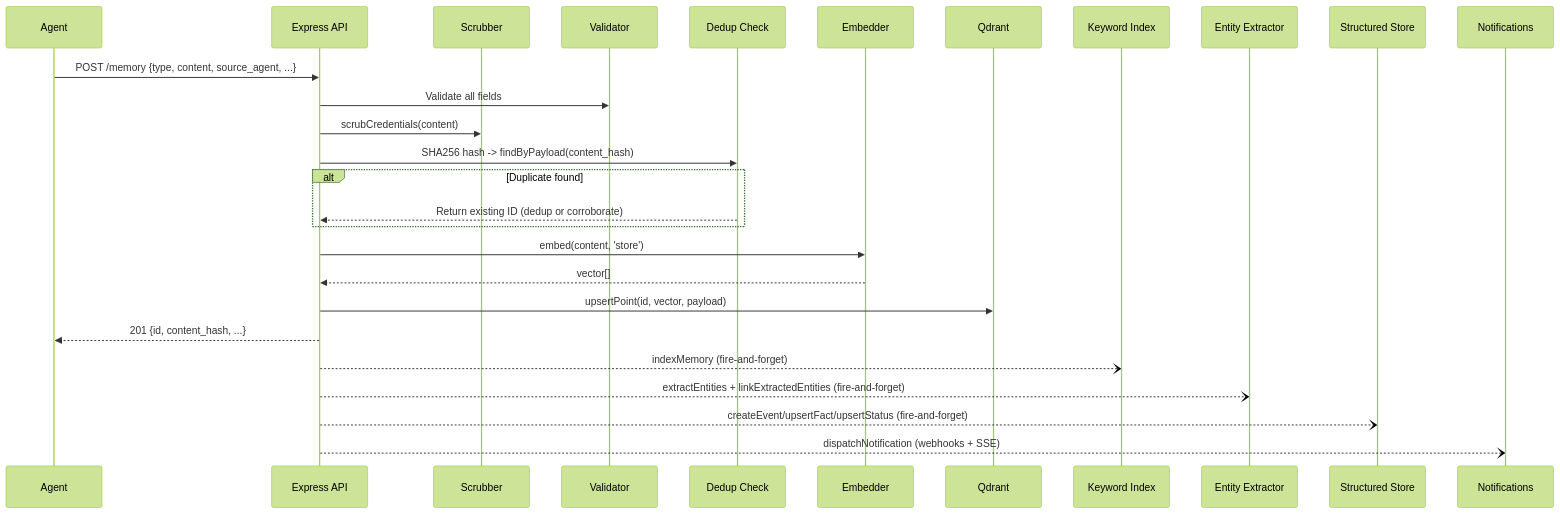
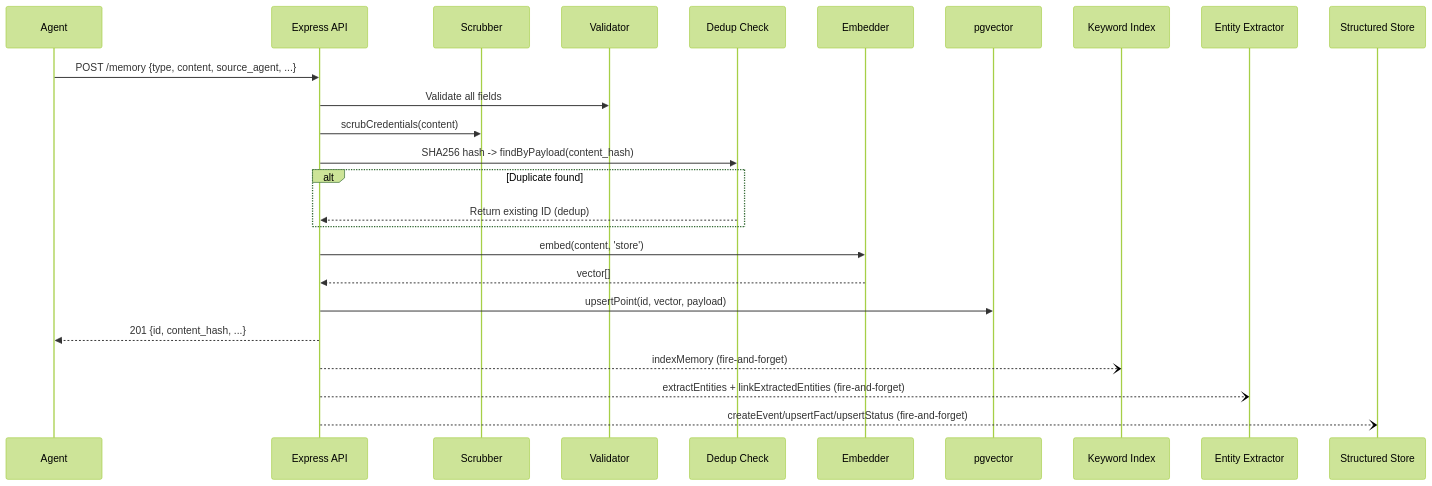
Before and after one commit to ZenSystemAI/Zengram: the second of 4 diagrams in docs/architecture.md, drawn with Mermaid (forest theme). The commit also changed other lines of this file and 14 other files, not shown here.

````diff
--- a/docs/architecture.md
+++ b/docs/architecture.md
@@ -157,30 +138,28 @@
 ```mermaid
 sequenceDiagram
     participant A as Agent
     participant API as Express API
     participant S as Scrubber
     participant V as Validator
     participant D as Dedup Check
     participant E as Embedder
-    participant Q as Qdrant
+    participant Q as pgvector
     participant KW as Keyword Index
     participant ENT as Entity Extractor
     participant SQL as Structured Store
-    participant N as Notifications
 
     A->>API: POST /memory {type, content, source_agent, ...}
     API->>V: Validate all fields
     API->>S: scrubCredentials(content)
     API->>D: SHA256 hash -> findByPayload(content_hash)
     alt Duplicate found
-        D-->>API: Return existing ID (dedup or corroborate)
+        D-->>API: Return existing ID (dedup)
     end
     API->>E: embed(content, 'store')
     E-->>API: vector[]
     API->>Q: upsertPoint(id, vector, payload)
     API-->>A: 201 {id, content_hash, ...}
     API--)KW: indexMemory (fire-and-forget)
     API--)ENT: extractEntities + linkExtractedEntities (fire-and-forget)
     API--)SQL: createEvent/upsertFact/upsertStatus (fire-and-forget)
-    API--)N: dispatchNotification (webhooks + SSE)
 ```
````
